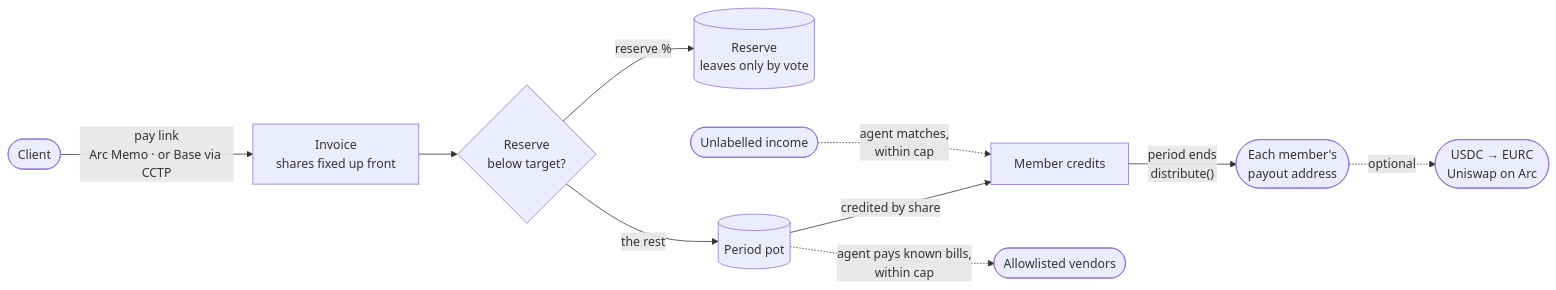
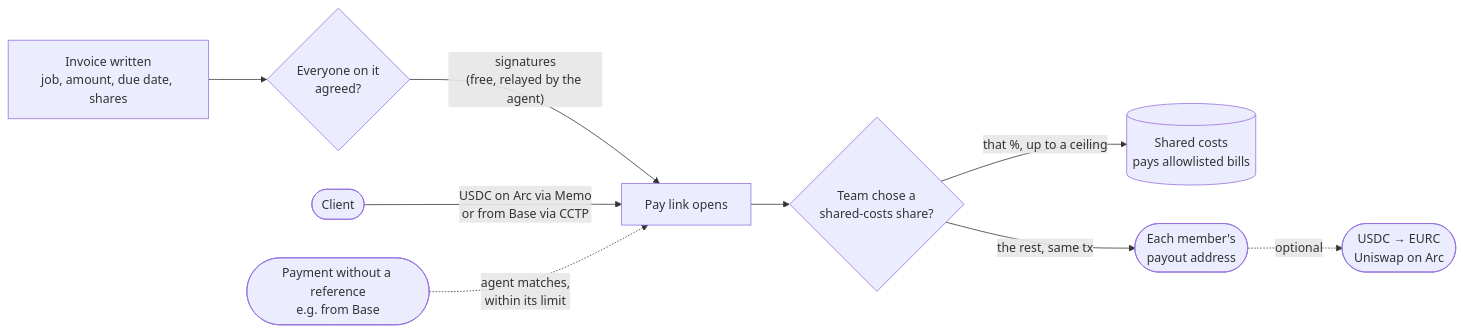
Before and after one commit to Bekirerdem/keyarc: the diagram in README.md, drawn with Mermaid. The commit also changed other lines of this file, not shown here.

````diff
--- a/README.md
+++ b/README.md
@@ -68,12 +79,11 @@
 ```mermaid
 flowchart LR
-    C([Client]) -- "pay link<br/>Arc Memo · or Base via CCTP" --> I[Invoice<br/>shares fixed up front]
-    I --> R{Reserve<br/>below target?}
-    R -- "reserve %" --> RS[(Reserve<br/>leaves only by vote)]
-    R -- "the rest" --> P[(Period pot)]
-    P -- "credited by share" --> CR[Member credits]
-    CR -- "period ends<br/>distribute()" --> W([Each member's<br/>payout address])
-    W -. "optional" .-> E([USDC → EURC<br/>Uniswap on Arc])
-    U([Unlabelled income]) -. "agent matches,<br/>within cap" .-> CR
-    P -. "agent pays known bills,<br/>within cap" .-> V([Allowlisted vendors])
+    W[Invoice written<br/>job, amount, due date, shares] --> A{Everyone on it<br/>agreed?}
+    A -- "signatures<br/>(free, relayed by the agent)" --> L[Pay link opens]
+    C([Client]) -- "USDC on Arc via Memo<br/>or from Base via CCTP" --> L
+    L --> R{Team chose a<br/>shared-costs share?}
+    R -- "that %, up to a ceiling" --> RS[(Shared costs<br/>pays allowlisted bills)]
+    R -- "the rest, same tx" --> P([Each member's<br/>payout address])
+    P -. "optional" .-> E([USDC → EURC<br/>Uniswap on Arc])
+    U([Payment without a reference<br/>e.g. from Base]) -. "agent matches,<br/>within its limit" .-> L
 ```
````
